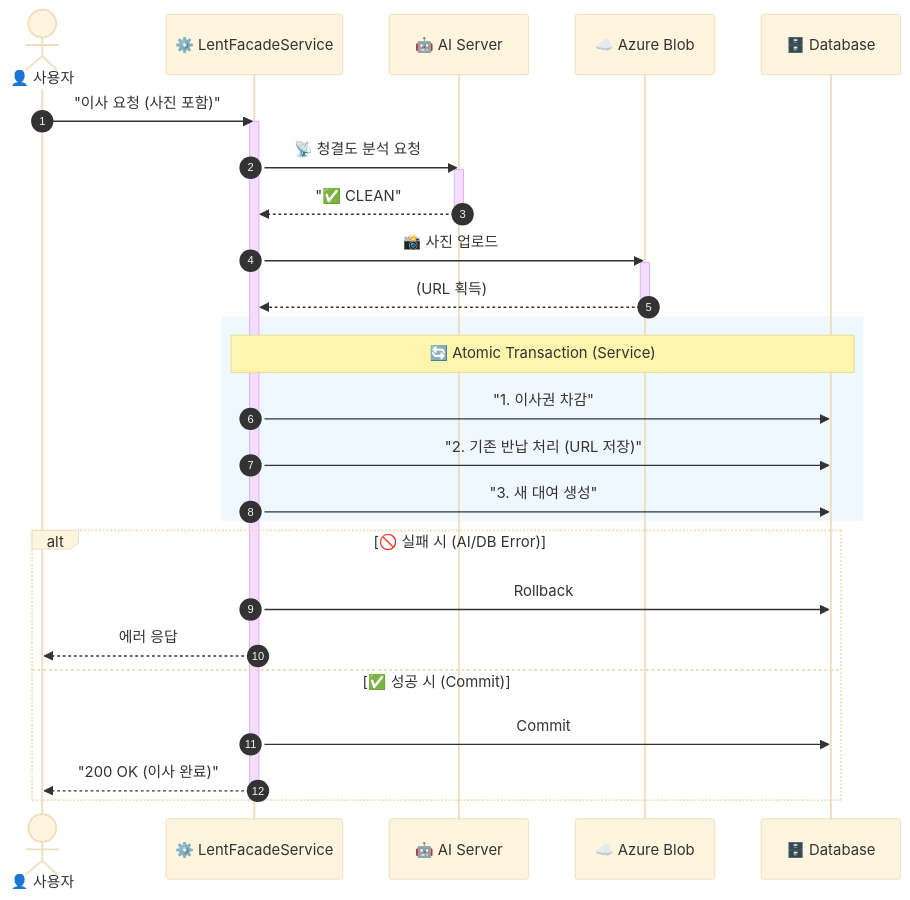
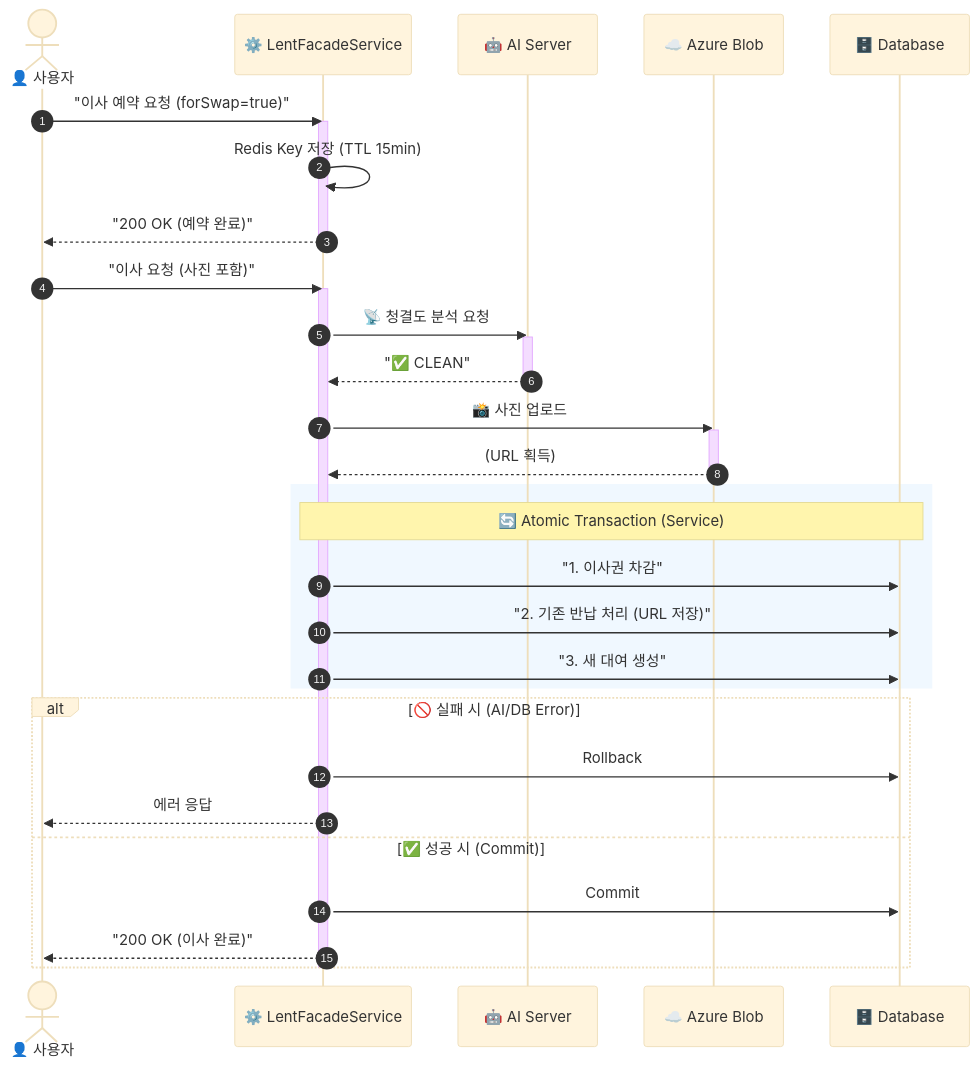
The seventh of 8 diagrams in backend/README.md (farmer0010/ft_transcendence), drawn with Mermaid (base theme) before and after one commit. The commit also changed other lines of this file, not shown here.

Commit message:
Docs: Comprehensive README Update (Swap Reservation, Limits, APIs)

````diff
--- a/backend/README.md
+++ b/backend/README.md
@@ -510,41 +514,48 @@
 ```mermaid
 sequenceDiagram
     autonumber
     actor User as 👤 사용자
     participant Service as ⚙️ LentFacadeService
     participant AI as 🤖 AI Server
     participant Azure as ☁️ Azure Blob
     participant DB as 🗄️ Database
+
+    %% 0. 이사 예약 (선점)
+    User->>Service: "이사 예약 요청 (forSwap=true)"
+    activate Service
+    Service->>Service: Redis Key 저장 (TTL 15min)
+    Service-->>User: "200 OK (예약 완료)"
+    deactivate Service
 
     User->>Service: "이사 요청 (사진 포함)"
     activate Service
     
     %% 1. AI 검사
     Service->>AI: 📡 청결도 분석 요청
     activate AI
     AI-->>Service: "✅ CLEAN"
     deactivate AI
 
     %% 2. 이미지 업로드
     Service->>Azure: 📸 사진 업로드
     activate Azure
     Azure-->>Service: (URL 획득)
     deactivate Azure
 
     %% 3. 트랜잭션
     rect rgb(240, 248, 255)
         Note over Service, DB: 🔄 Atomic Transaction (Service)
         Service->>DB: "1. 이사권 차감"
         Service->>DB: "2. 기존 반납 처리 (URL 저장)"
         Service->>DB: "3. 새 대여 생성"
     end
 
     alt 🚫 실패 시 (AI/DB Error)
         Service->>DB: Rollback
         Service-->>User: 에러 응답
     else ✅ 성공 시 (Commit)
         Service->>DB: Commit
         Service-->>User: "200 OK (이사 완료)"
     end
     deactivate Service
 ```
````
